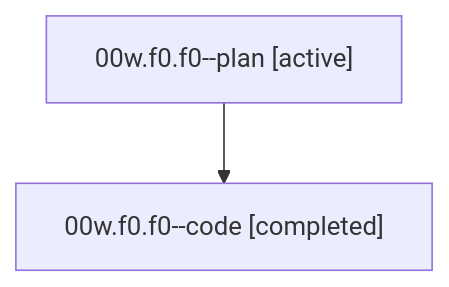
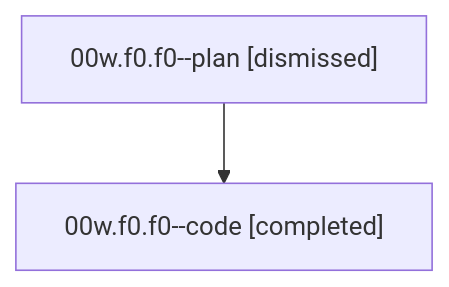
Before and after one commit to bobs-org/bob-cli--agents: the diagram in sessions/bbugyi200.athena.00w.f0.f0.md, drawn with Mermaid. The commit also changed other lines of this file and 62 other files, not shown here.

````diff
--- a/sessions/bbugyi200.athena.00w.f0.f0.md
+++ b/sessions/bbugyi200.athena.00w.f0.f0.md
@@ -9,6 +9,6 @@
 ```mermaid
 flowchart TD
-  n0["00w.f0.f0--plan [active]"]
+  n0["00w.f0.f0--plan [dismissed]"]
   n1["00w.f0.f0--code [completed]"]
   n0 --> n1
 ```
````
